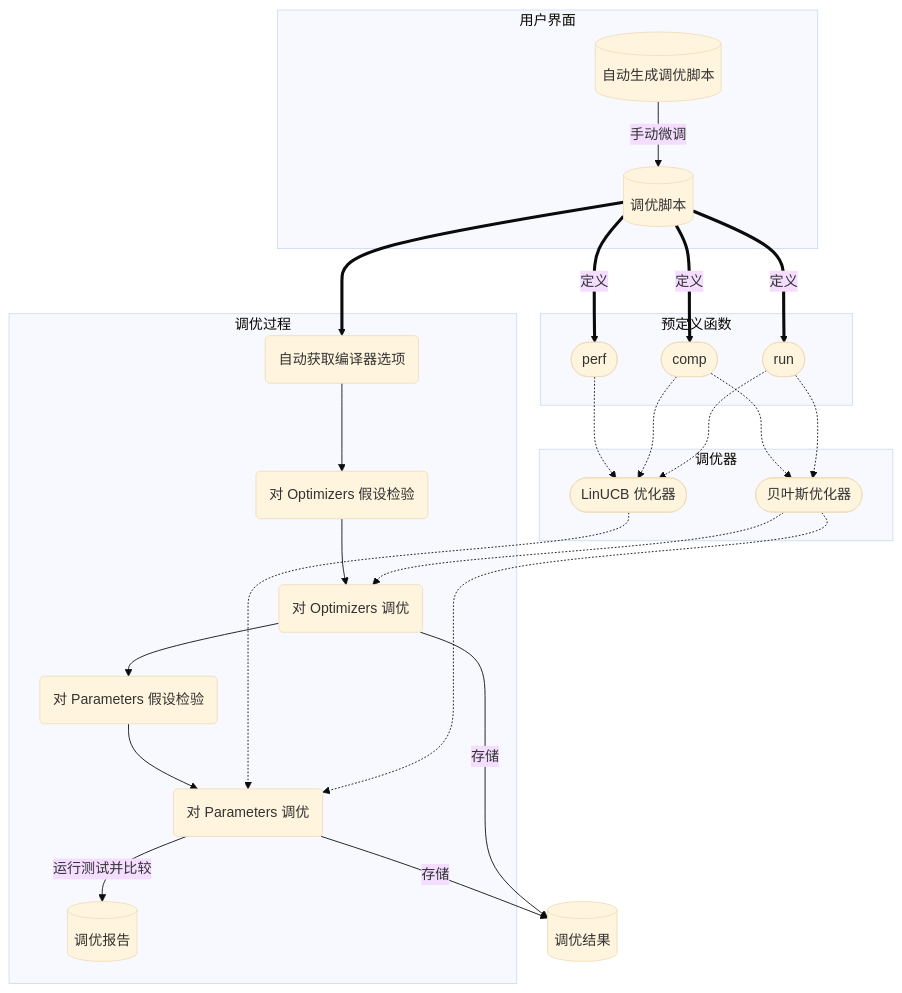
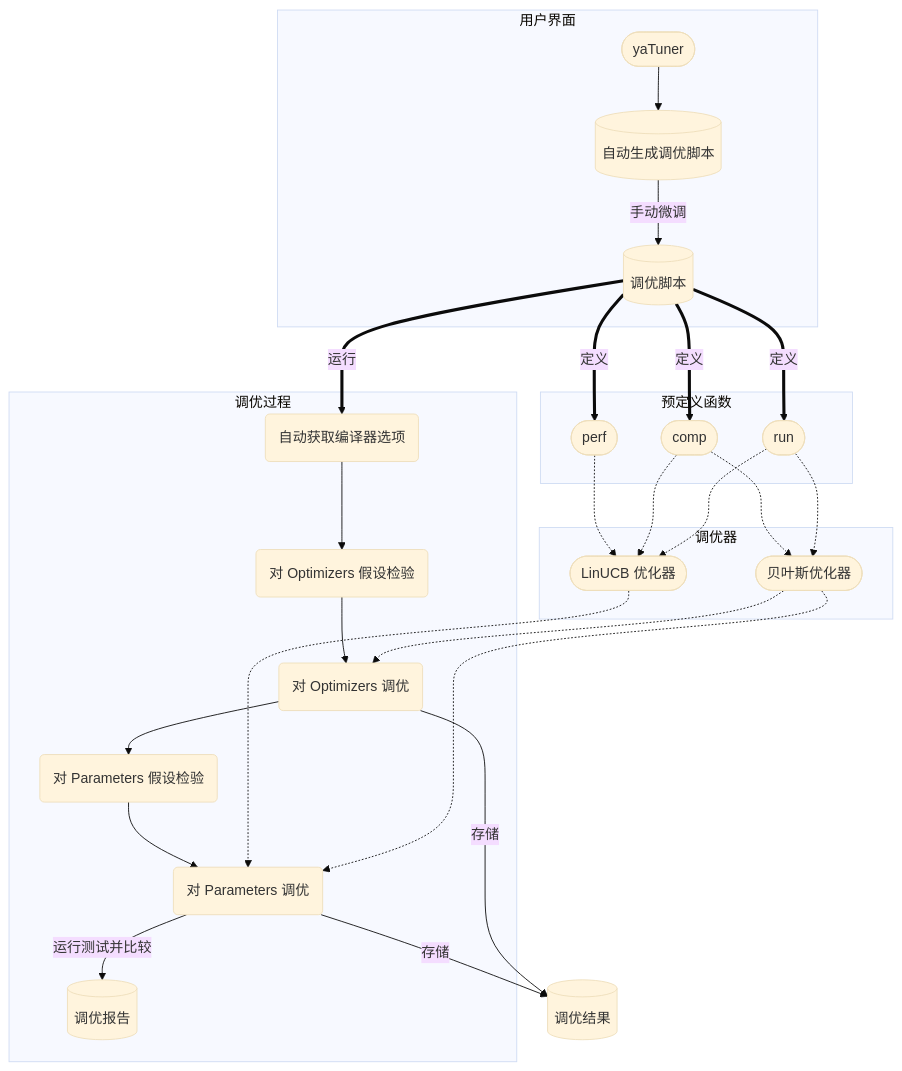
Before and after one commit to JuniMay/yatuner: the diagram in README_CN.md, drawn with Mermaid (base theme). The commit also changed other lines of this file and 2 other files, not shown here.

````diff
--- a/README_CN.md
+++ b/README_CN.md
@@ -30,28 +50,29 @@
 ```mermaid
 graph TB
 subgraph 用户界面
+    O([yaTuner]) --> A
     A[(自动生成调优脚本)] -- 手动微调 --> B[(调优脚本)]
 end
-B ==> C
+B == 运行 ==> C
 subgraph 调优过程
     C(自动获取编译器选项) --> D(对 Optimizers 假设检验) 
     D --> E(对 Optimizers 调优)
     E --> F(对 Parameters 假设检验)
     F --> G(对 Parameters 调优)
     G -- 运行测试并比较 --> I[(调优报告)]
 end
 G -- 存储 --> H[(调优结果)]
 E -- 存储 --> H
 subgraph 调优器
     J([LinUCB 优化器]) -.-> G
     K([贝叶斯优化器]) -.-> G
     K -.-> E
 end
 subgraph 预定义函数
     B == 定义 ==> L([comp])
     B == 定义 ==> M([run])
     B == 定义 ==> N([perf])
 end
 N -.-> J
 L & M -.-> J & K
 ```
````
